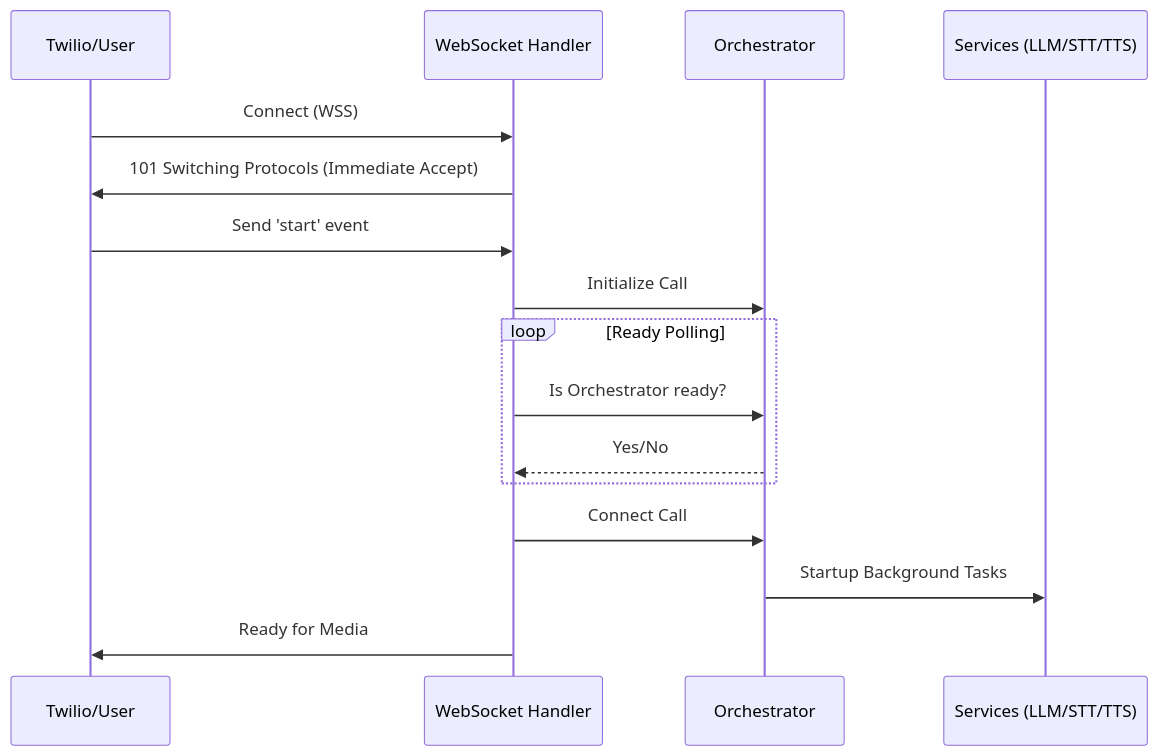
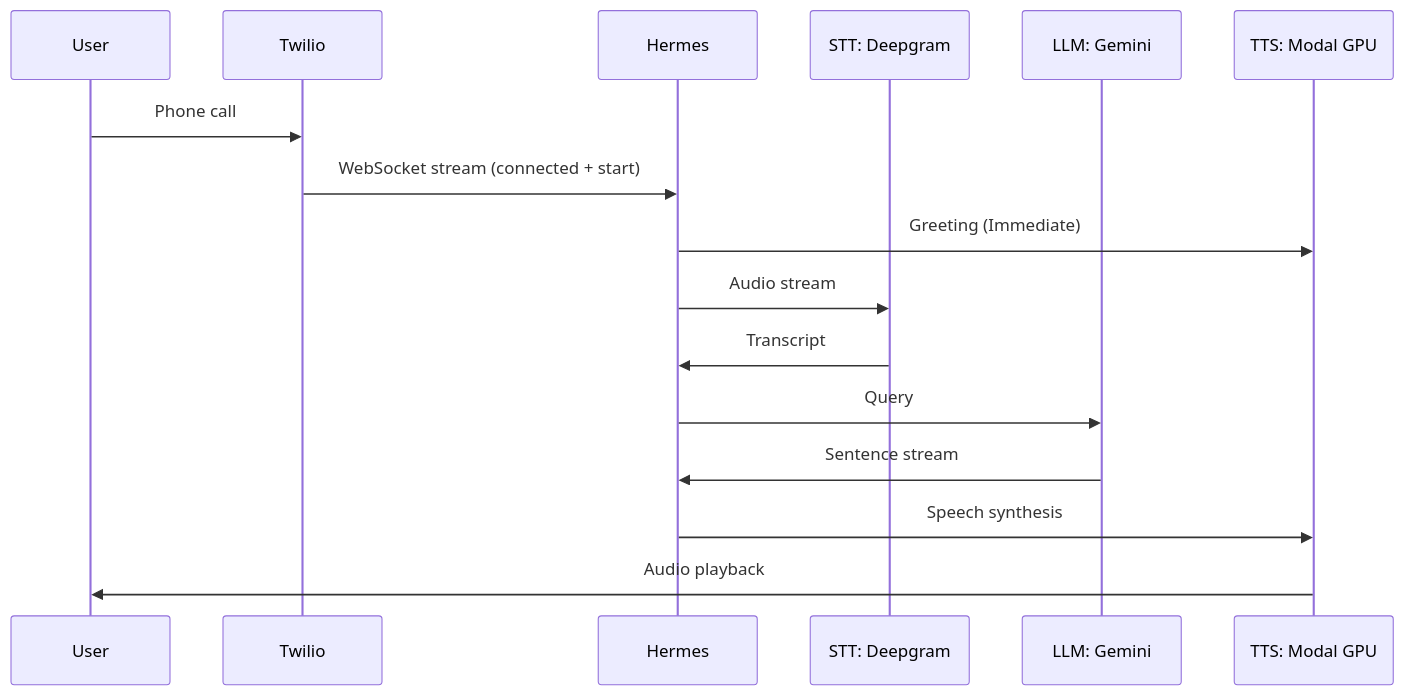
One commit to abi-commits/Hermes_AI changed the first of 3 diagrams in docs/ARCHITECTURE.md. Above: the diagram before and after it, drawn with Mermaid. The commit also changed other lines of this file and 1 other file, not shown here.

Commit message:
docs: add Mermaid flow diagrams and refine component architecture details

````diff
--- a/docs/ARCHITECTURE.md
+++ b/docs/ARCHITECTURE.md
@@ -25,19 +9,19 @@
 ```mermaid
 sequenceDiagram
-    participant T as Twilio/User
-    participant H as WebSocket Handler
-    participant O as Orchestrator
-    participant S as Services (LLM/STT/TTS)
+    participant User
+    participant Twilio
+    participant Hermes
+    participant STT as STT: Deepgram
+    participant LLM as LLM: Gemini
+    participant TTS as TTS: Modal GPU
 
-    T->>H: Connect (WSS)
-    H->>T: 101 Switching Protocols (Immediate Accept)
-    T->>H: Send 'start' event
-    H->>O: Initialize Call
-    loop Ready Polling
-        H->>O: Is Orchestrator ready?
-        O-->>H: Yes/No
-    end
-    H->>O: Connect Call
-    O->>S: Startup Background Tasks
-    H->>T: Ready for Media
+    User->>Twilio: Phone call
+    Twilio->>Hermes: WebSocket stream (connected + start)
+    Hermes->>TTS: Greeting (Immediate)
+    Hermes->>STT: Audio stream
+    STT->>Hermes: Transcript
+    Hermes->>LLM: Query
+    LLM->>Hermes: Sentence stream
+    Hermes->>TTS: Speech synthesis
+    TTS->>User: Audio playback
 ```
````
